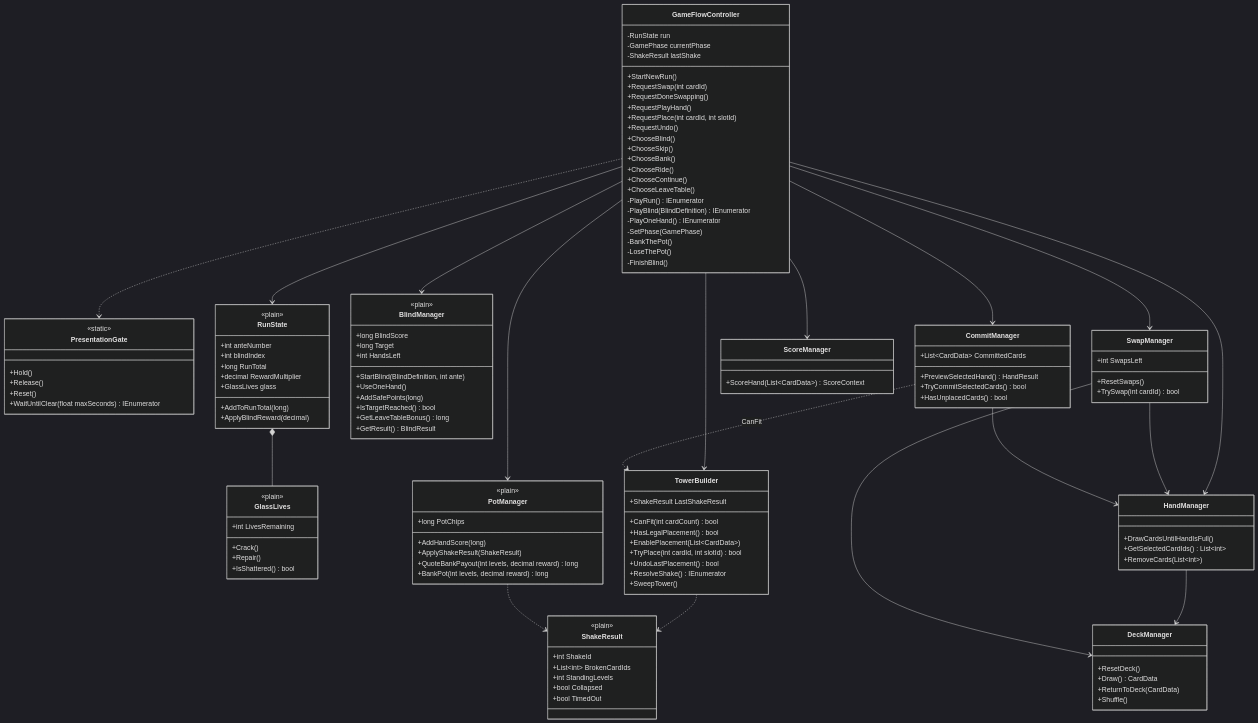
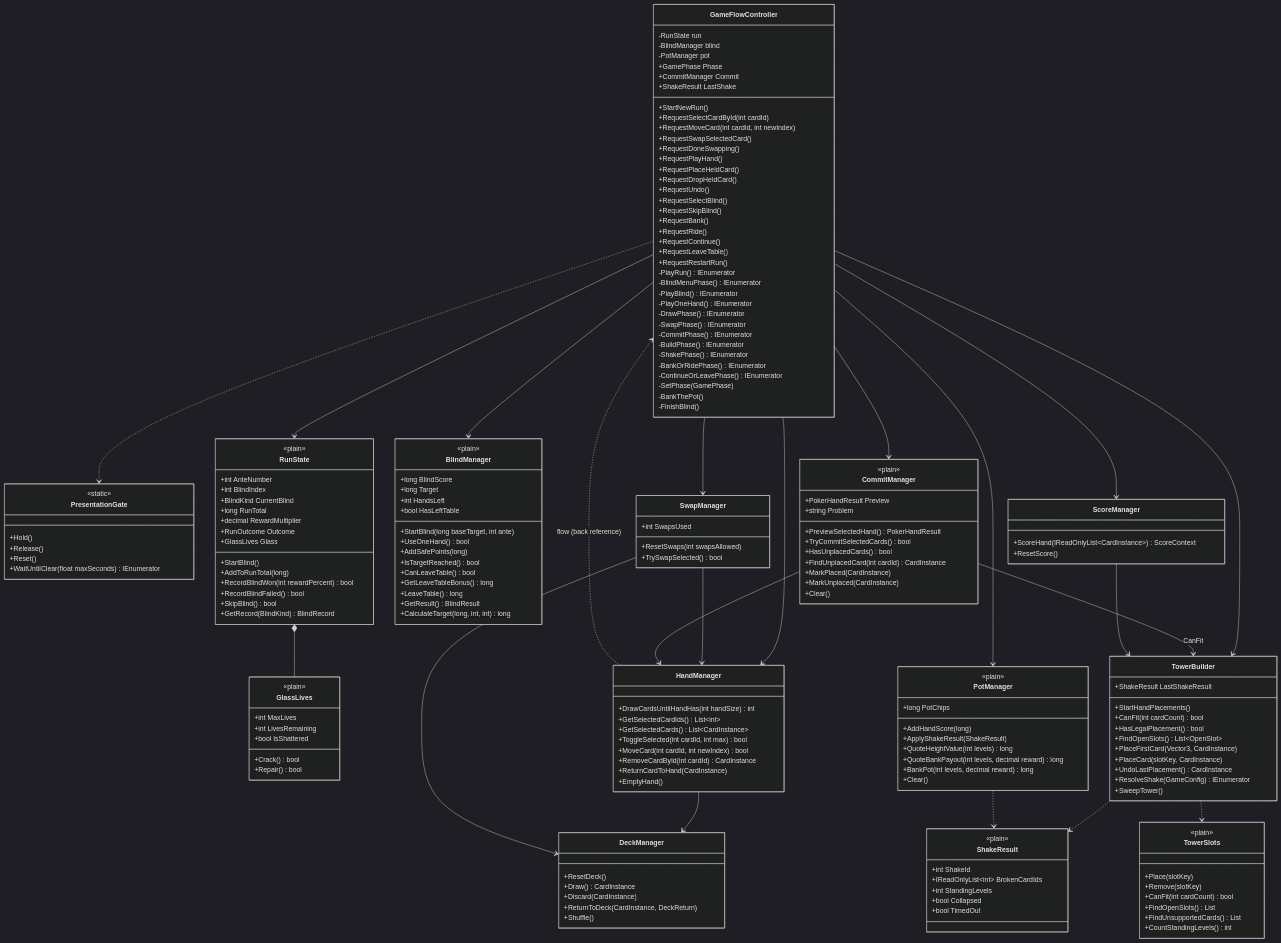
The first of 2 diagrams in Docs/Master Plan Real.md (FaMaLyZ/tower-of-card), drawn with Mermaid (dark theme) before and after one commit. The commit also changed other lines of this file and 203 other files, not shown here.

````diff
--- a/Docs/Master Plan Real.md
+++ b/Docs/Master Plan Real.md
@@ -257,26 +264,40 @@
 
     class GameFlowController {
         -RunState run
-        -GamePhase currentPhase
-        -ShakeResult lastShake
+        -BlindManager blind
+        -PotManager pot
+        +GamePhase Phase
+        +CommitManager Commit
+        +ShakeResult LastShake
         +StartNewRun()
-        +RequestSwap(int cardId)
+        +RequestSelectCardById(int cardId)
+        +RequestMoveCard(int cardId, int newIndex)
+        +RequestSwapSelectedCard()
         +RequestDoneSwapping()
         +RequestPlayHand()
-        +RequestPlace(int cardId, int slotId)
+        +RequestPlaceHeldCard()
+        +RequestDropHeldCard()
         +RequestUndo()
-        +ChooseBlind()
-        +ChooseSkip()
-        +ChooseBank()
-        +ChooseRide()
-        +ChooseContinue()
-        +ChooseLeaveTable()
+        +RequestSelectBlind()
+        +RequestSkipBlind()
+        +RequestBank()
+        +RequestRide()
+        +RequestContinue()
+        +RequestLeaveTable()
+        +RequestRestartRun()
         -PlayRun() IEnumerator
-        -PlayBlind(BlindDefinition) IEnumerator
+        -BlindMenuPhase() IEnumerator
+        -PlayBlind() IEnumerator
         -PlayOneHand() IEnumerator
+        -DrawPhase() IEnumerator
+        -SwapPhase() IEnumerator
+        -CommitPhase() IEnumerator
+        -BuildPhase() IEnumerator
+        -ShakePhase() IEnumerator
+        -BankOrRidePhase() IEnumerator
+        -ContinueOrLeavePhase() IEnumerator
         -SetPhase(GamePhase)
         -BankThePot()
-        -LoseThePot()
         -FinishBlind()
     }
 
@@ -290,21 +311,28 @@
 
     class RunState {
         <<plain>>
-        +int anteNumber
-        +int blindIndex
+        +int AnteNumber
+        +int BlindIndex
+        +BlindKind CurrentBlind
         +long RunTotal
         +decimal RewardMultiplier
-        +GlassLives glass
+        +RunOutcome Outcome
+        +GlassLives Glass
+        +StartBlind()
         +AddToRunTotal(long)
-        +ApplyBlindReward(decimal)
+        +RecordBlindWon(int rewardPercent) bool
+        +RecordBlindFailed() bool
+        +SkipBlind() bool
+        +GetRecord(BlindKind) BlindRecord
     }
 
     class GlassLives {
         <<plain>>
+        +int MaxLives
         +int LivesRemaining
-        +Crack()
-        +Repair()
-        +IsShattered() bool
+        +bool IsShattered
+        +Crack() bool
+        +Repair() bool
     }
 
     class BlindManager {
@@ -312,12 +340,16 @@
         +long BlindScore
         +long Target
         +int HandsLeft
-        +StartBlind(BlindDefinition, int ante)
-        +UseOneHand()
+        +bool HasLeftTable
+        +StartBlind(long baseTarget, int ante)
+        +UseOneHand() bool
         +AddSafePoints(long)
         +IsTargetReached() bool
+        +CanLeaveTable() bool
         +GetLeaveTableBonus() long
+        +LeaveTable() long
         +GetResult() BlindResult
+        +CalculateTarget(long, int, int)$ long
     }
 
     class PotManager {
@@ -325,58 +357,85 @@
         +long PotChips
         +AddHandScore(long)
         +ApplyShakeResult(ShakeResult)
+        +QuoteHeightValue(int levels) long
         +QuoteBankPayout(int levels, decimal reward) long
         +BankPot(int levels, decimal reward) long
+        +Clear()
     }
 
     class ShakeResult {
         <<plain>>
         +int ShakeId
-        +List~int~ BrokenCardIds
+        +IReadOnlyList~int~ BrokenCardIds
         +int StandingLevels
         +bool Collapsed
         +bool TimedOut
     }
 
     class TowerBuilder {
+        +ShakeResult LastShakeResult
+        +StartHandPlacements()
         +CanFit(int cardCount) bool
         +HasLegalPlacement() bool
-        +EnablePlacement(List~CardData~)
-        +TryPlace(int cardId, int slotId) bool
-        +UndoLastPlacement() bool
-        +ResolveShake() IEnumerator
-        +ShakeResult LastShakeResult
+        +FindOpenSlots() List~OpenSlot~
+        +PlaceFirstCard(Vector3, CardInstance)
+        +PlaceCard(slotKey, CardInstance)
+        +UndoLastPlacement() CardInstance
+        +ResolveShake(GameConfig) IEnumerator
         +SweepTower()
     }
 
+    class TowerSlots {
+        <<plain>>
+        +Place(slotKey)
+        +Remove(slotKey)
+        +CanFit(int cardCount) bool
+        +FindOpenSlots() List
+        +FindUnsupportedCards() List
+        +CountStandingLevels() int
+    }
+
     class CommitManager {
-        +List~CardData~ CommittedCards
-        +PreviewSelectedHand() HandResult
+        <<plain>>
+        +PokerHandResult Preview
+        +string Problem
+        +PreviewSelectedHand() PokerHandResult
         +TryCommitSelectedCards() bool
         +HasUnplacedCards() bool
+        +FindUnplacedCard(int cardId) CardInstance
+        +MarkPlaced(CardInstance)
+        +MarkUnplaced(CardInstance)
+        +Clear()
     }
 
     class HandManager {
-        +DrawCardsUntilHandIsFull()
+        +DrawCardsUntilHandHas(int handSize) int
         +GetSelectedCardIds() List~int~
-        +RemoveCards(List~int~)
+        +GetSelectedCards() List~CardInstance~
+        +ToggleSelected(int cardId, int max) bool
+        +MoveCard(int cardId, int newIndex) bool
+        +RemoveCardById(int cardId) CardInstance
+        +ReturnCardToHand(CardInstance)
+        +EmptyHand()
     }
 
     class SwapManager {
-        +int SwapsLeft
-        +ResetSwaps()
-        +TrySwap(int cardId) bool
+        +int SwapsUsed
+        +ResetSwaps(int swapsAllowed)
+        +TrySwapSelected() bool
     }
 
     class DeckManager {
         +ResetDeck()
-        +Draw() CardData
-        +ReturnToDeck(CardData)
+        +Draw() CardInstance
+        +Discard(CardInstance)
+        +ReturnToDeck(CardInstance, DeckReturn)
         +Shuffle()
     }
 
     class ScoreManager {
-        +ScoreHand(List~CardData~) ScoreContext
+        +ScoreHand(IReadOnlyList~CardInstance~) ScoreContext
+        +ResetScore()
     }
 
     GameFlowController --> RunState
@@ -389,11 +448,14 @@
     GameFlowController --> ScoreManager
     GameFlowController ..> PresentationGate
     RunState *-- GlassLives
+    TowerBuilder ..> TowerSlots
     TowerBuilder ..> ShakeResult
     PotManager ..> ShakeResult
     HandManager --> DeckManager
+    HandManager ..> GameFlowController : flow (back reference)
     SwapManager --> HandManager
     SwapManager --> DeckManager
     CommitManager --> HandManager
-    CommitManager ..> TowerBuilder : CanFit
+    CommitManager --> TowerBuilder : CanFit
+    ScoreManager --> TowerBuilder
 ```
````
